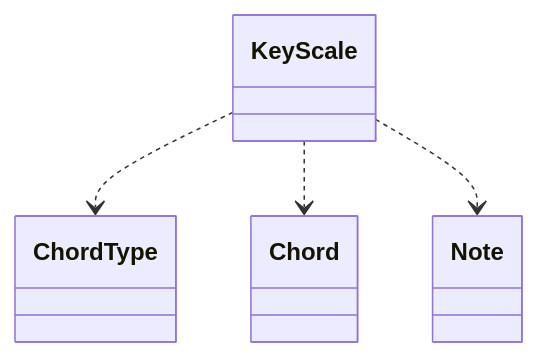
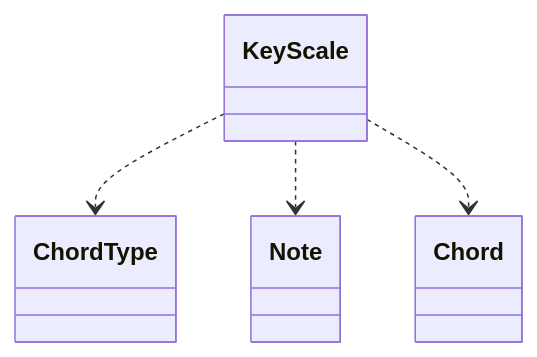
One commit to schnock-art/project_inspector changed diagram 30 of 39 in test/test.md. Above: the diagram before and after it, drawn with Mermaid. The commit also changed other lines of this file and 1 other file, not shown here.

Commit message:
Removed empty mermaid

````diff
--- a/test/test.md
+++ b/test/test.md
@@ -540,6 +540,6 @@
 ```mermaid
 classDiagram
 KeyScale ..> ChordType
+KeyScale ..> Note
 KeyScale ..> Chord
-KeyScale ..> Note
 ```
````
